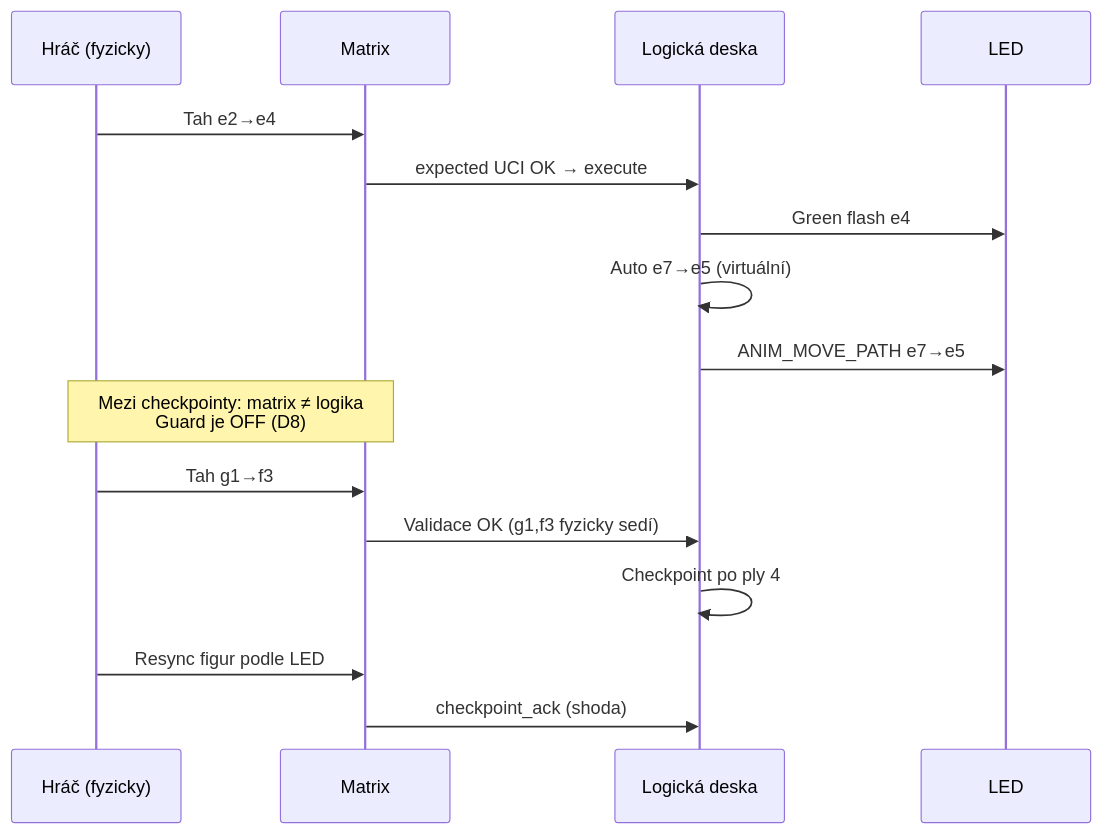
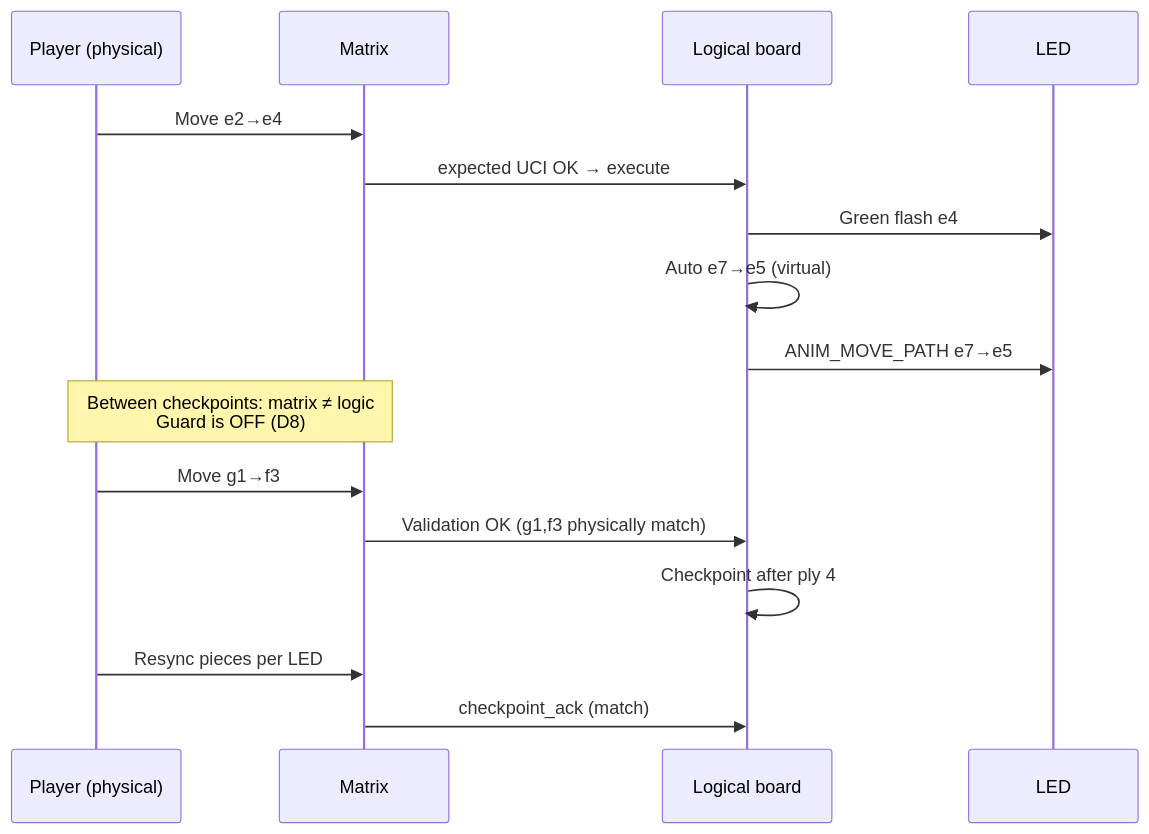
The third of 6 diagrams in docs/reference/OPENING_TRAINING_PLAN.md (AlfredKrutina/chess_esp32_c6_devkit), drawn with Mermaid before and after one commit. The commit also changed other lines of this file and 372 other files, not shown here.

````diff
--- a/docs/reference/OPENING_TRAINING_PLAN.md
+++ b/docs/reference/OPENING_TRAINING_PLAN.md
@@ -464,19 +464,19 @@
 ```mermaid
 sequenceDiagram
-  participant P as Hráč (fyzicky)
+  participant P as Player (physical)
   participant M as Matrix
-  participant L as Logická deska
+  participant L as Logical board
   participant LED as LED
 
-  P->>M: Tah e2→e4
+  P->>M: Move e2→e4
   M->>L: expected UCI OK → execute
   L->>LED: Green flash e4
-  L->>L: Auto e7→e5 (virtuální)
+  L->>L: Auto e7→e5 (virtual)
   L->>LED: ANIM_MOVE_PATH e7→e5
-  Note over P,M: Mezi checkpointy: matrix ≠ logika<br/>Guard je OFF (D8)
-  P->>M: Tah g1→f3
-  M->>L: Validace OK (g1,f3 fyzicky sedí)
-  L->>L: Checkpoint po ply 4
-  P->>M: Resync figur podle LED
-  M->>L: checkpoint_ack (shoda)
+  Note over P,M: Between checkpoints: matrix ≠ logic<br/>Guard is OFF (D8)
+  P->>M: Move g1→f3
+  M->>L: Validation OK (g1,f3 physically match)
+  L->>L: Checkpoint after ply 4
+  P->>M: Resync pieces per LED
+  M->>L: checkpoint_ack (match)
 ```
````
